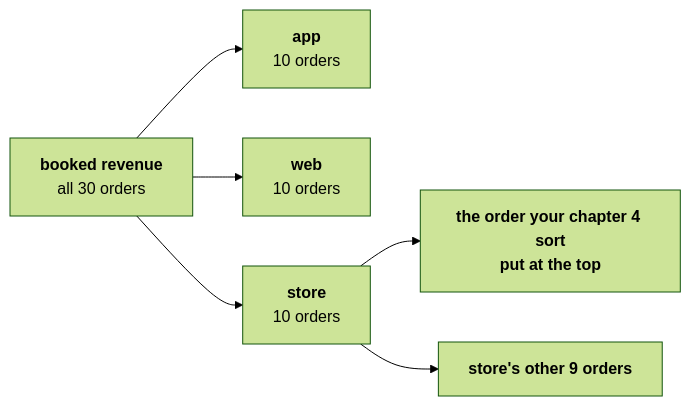
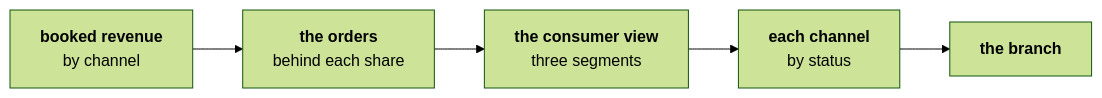
Before and after one commit to fde-academy-lab/c2-content-factory: the diagram in content/W01/D1/exercises/unguided/C2_W01_D01_second_case_STUDENT.md, drawn with Mermaid (forest theme). The commit also changed other lines of this file and 32 other files, not shown here.

````diff
--- a/content/W01/D1/exercises/unguided/C2_W01_D01_second_case_STUDENT.md
+++ b/content/W01/D1/exercises/unguided/C2_W01_D01_second_case_STUDENT.md
@@ -20,8 +56,7 @@
 ```mermaid
 flowchart LR
-    R["<b>booked revenue</b><br/>all 30 orders"] --> A["<b>app</b><br/>10 orders"]
-    R --> W["<b>web</b><br/>10 orders"]
-    R --> S["<b>store</b><br/>10 orders"]
-    S --> T["<b>the order your chapter 4 sort<br/>put at the top</b>"]
-    S --> N["<b>store's other 9 orders</b>"]
+    C["<b>booked revenue</b><br/>by channel"] --> O["<b>the orders</b><br/>behind each share"]
+    O --> V["<b>the consumer view</b><br/>three segments"]
+    V --> S["<b>each channel</b><br/>by status"]
+    S --> B["<b>the branch</b>"]
 ```
````
